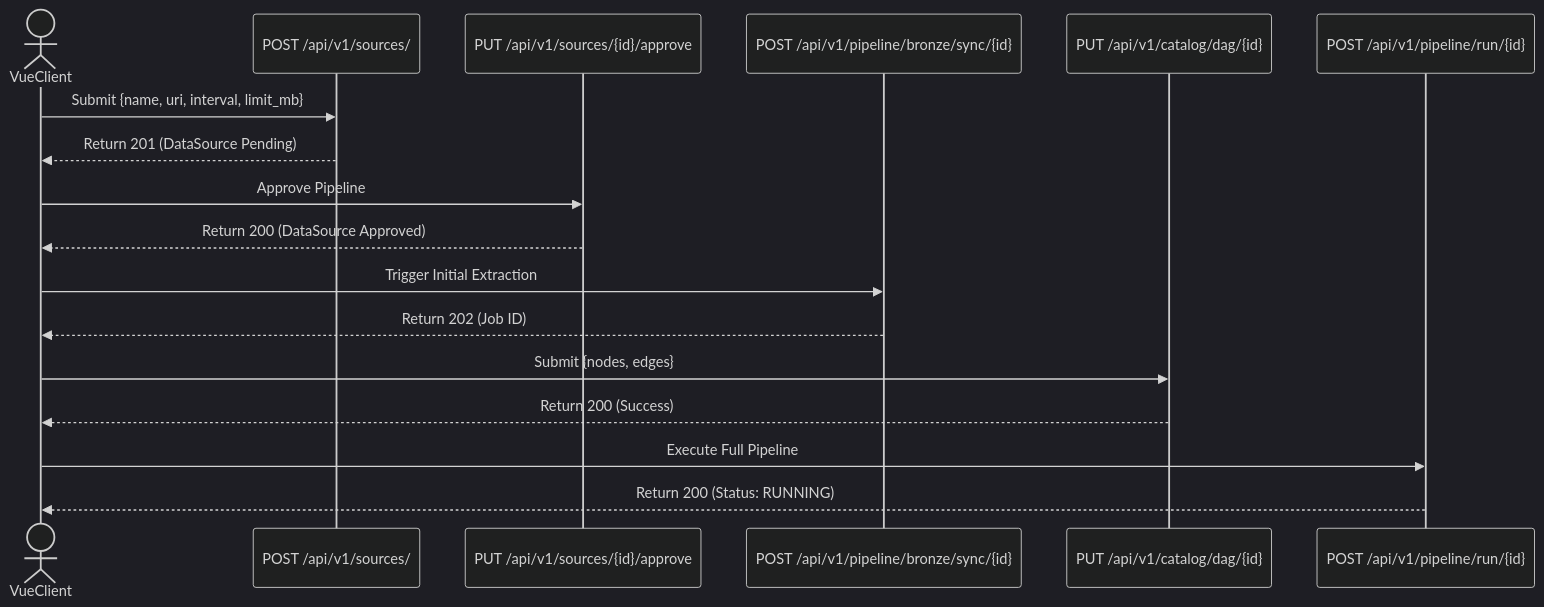
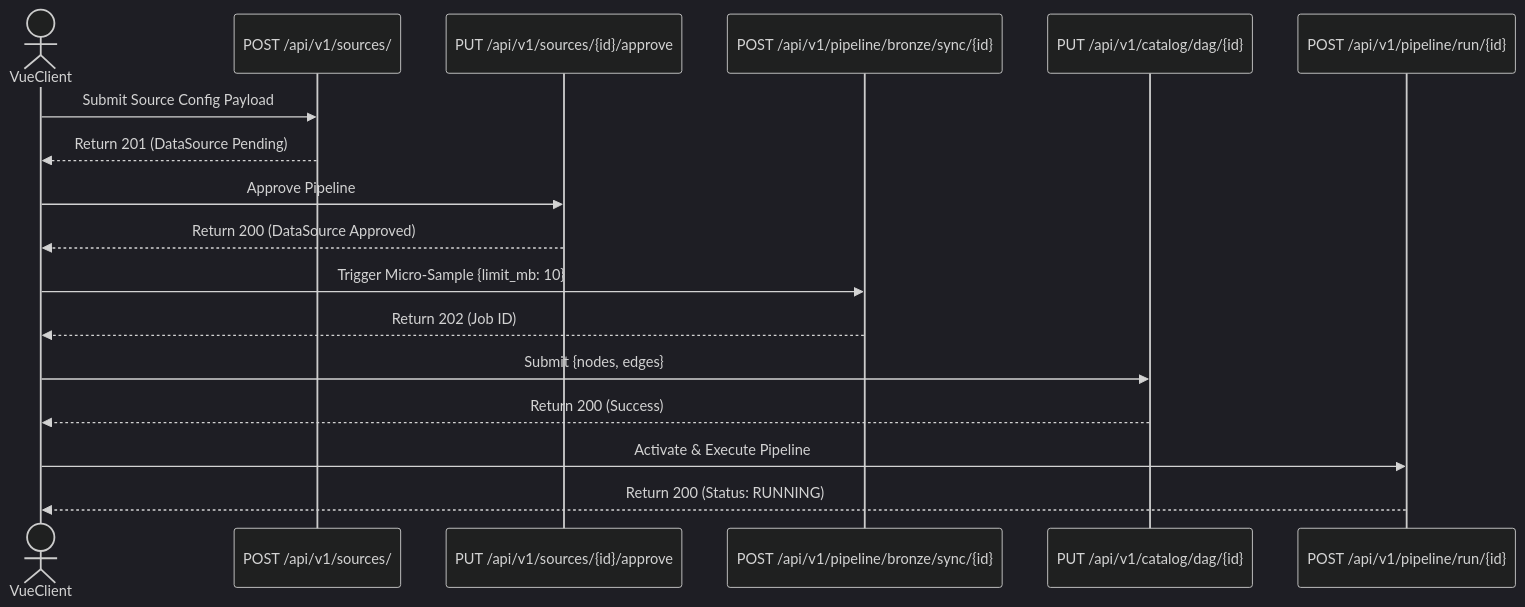
Before and after one commit to mnaatjes/elite-etl: the first of 2 diagrams in docs/explanation/user-flows/register-source.md, drawn with Mermaid (dark theme). The commit also changed other lines of this file, not shown here.

````diff
--- a/docs/explanation/user-flows/register-source.md
+++ b/docs/explanation/user-flows/register-source.md
@@ -13,24 +18,24 @@
 ```mermaid
 sequenceDiagram
     actor VueClient
     participant Source as POST /api/v1/sources/
     participant Approve as PUT /api/v1/sources/{id}/approve
     participant Sync as POST /api/v1/pipeline/bronze/sync/{id}
     participant DAG as PUT /api/v1/catalog/dag/{id}
     participant Run as POST /api/v1/pipeline/run/{id}
     
-    VueClient->>Source: Submit {name, uri, interval, limit_mb}
+    VueClient->>Source: Submit Source Config Payload
     Source-->>VueClient: Return 201 (DataSource Pending)
     
     VueClient->>Approve: Approve Pipeline
     Approve-->>VueClient: Return 200 (DataSource Approved)
     
-    VueClient->>Sync: Trigger Initial Extraction
+    VueClient->>Sync: Trigger Micro-Sample {limit_mb: 10}
     Sync-->>VueClient: Return 202 (Job ID)
     
     VueClient->>DAG: Submit {nodes, edges}
     DAG-->>VueClient: Return 200 (Success)
     
-    VueClient->>Run: Execute Full Pipeline
+    VueClient->>Run: Activate & Execute Pipeline
     Run-->>VueClient: Return 200 (Status: RUNNING)
 ```
````
